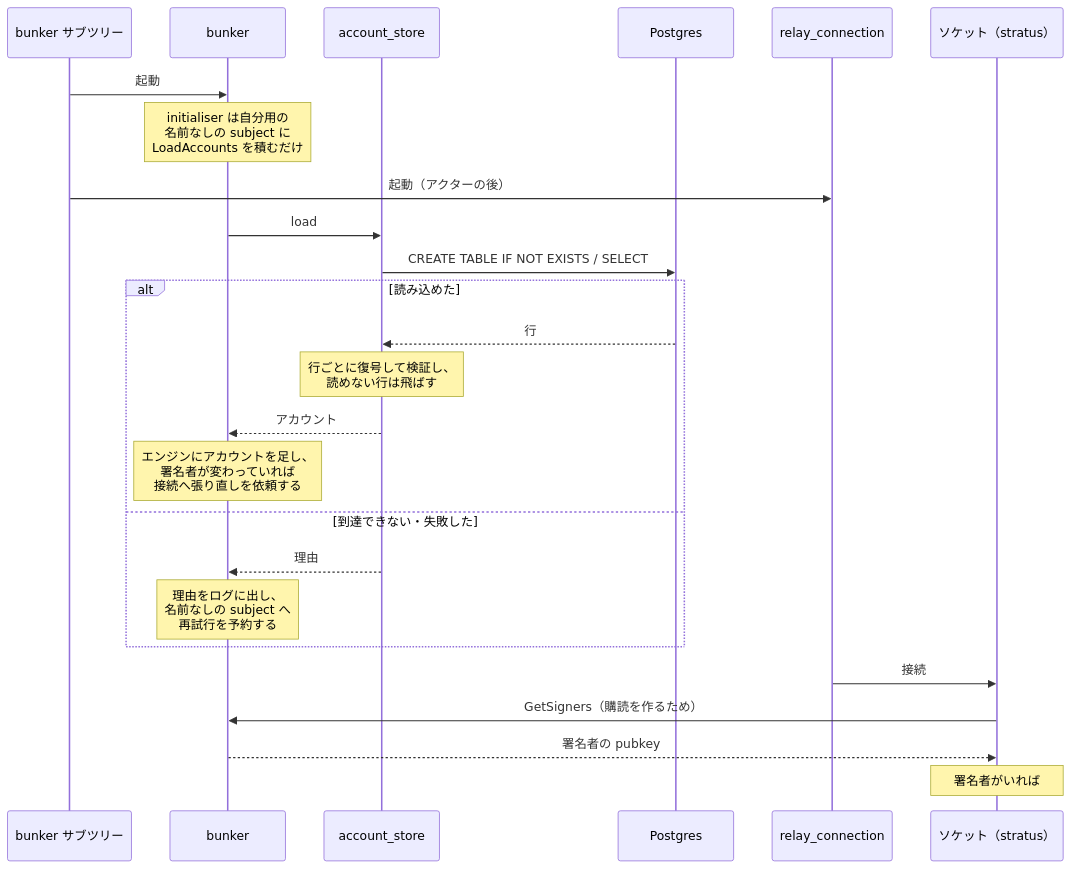
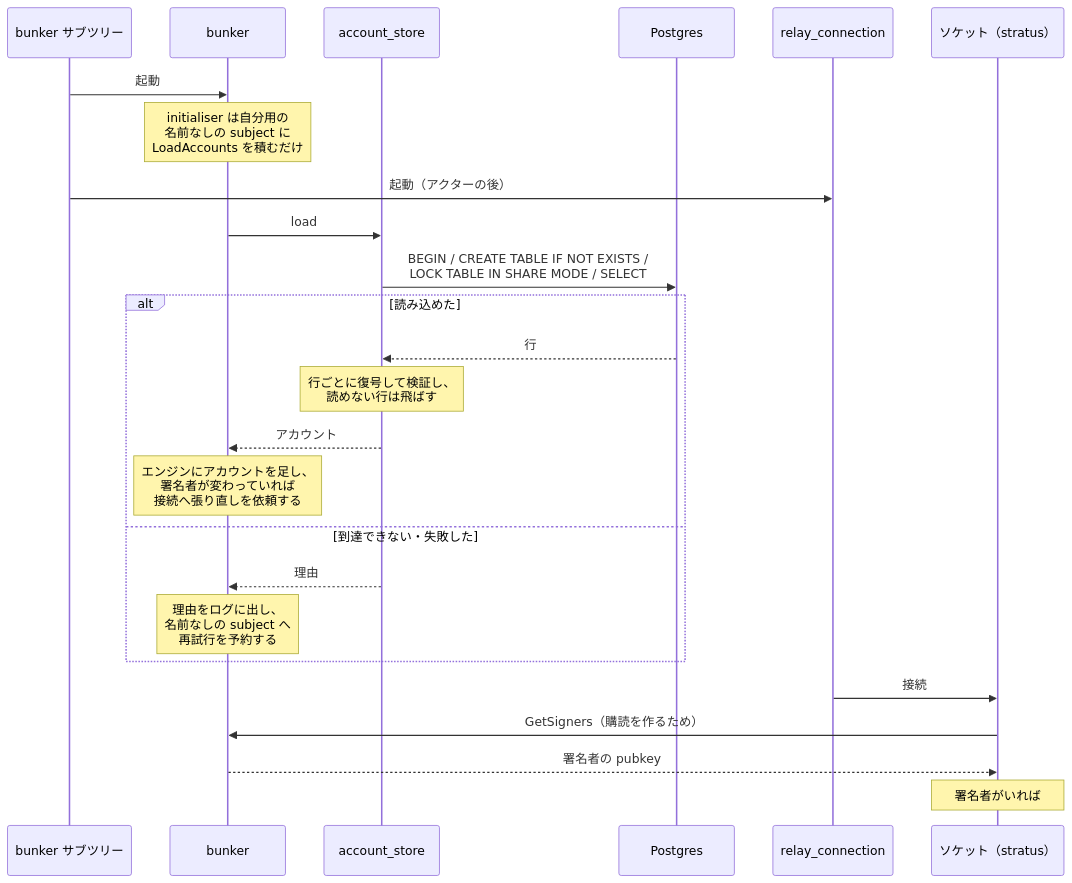
The third of 6 diagrams in docs/architecture.md (neverclear86/nostr-no-su), drawn with Mermaid before and after one commit. The commit also changed other lines of this file and 2 other files, not shown here.

````diff
--- a/docs/architecture.md
+++ b/docs/architecture.md
@@ -166,28 +166,28 @@
 ```mermaid
 sequenceDiagram
     participant sup as bunker サブツリー
     participant bk as bunker
     participant store as account_store
     participant db as Postgres
     participant conn as relay_connection
     participant sock as ソケット（stratus）
 
     sup->>bk: 起動
     Note over bk: initialiser は自分用の<br/>名前なしの subject に<br/>LoadAccounts を積むだけ
     sup->>conn: 起動（アクターの後）
     bk->>store: load
-    store->>db: CREATE TABLE IF NOT EXISTS / SELECT
+    store->>db: BEGIN / CREATE TABLE IF NOT EXISTS /<br/>LOCK TABLE IN SHARE MODE / SELECT
     alt 読み込めた
         db-->>store: 行
         Note over store: 行ごとに復号して検証し、<br/>読めない行は飛ばす
         store-->>bk: アカウント
         Note over bk: エンジンにアカウントを足し、<br/>署名者が変わっていれば<br/>接続へ張り直しを依頼する
     else 到達できない・失敗した
         store-->>bk: 理由
         Note over bk: 理由をログに出し、<br/>名前なしの subject へ<br/>再試行を予約する
     end
     conn->>sock: 接続
     sock->>bk: GetSigners（購読を作るため）
     bk-->>sock: 署名者の pubkey
     Note over sock: 署名者がいれば #p に入れて REQ、<br/>いなければ開いている購読を CLOSE、<br/>問い合わせに応答が無ければ<br/>購読を変えずに再試行
 ```
````
